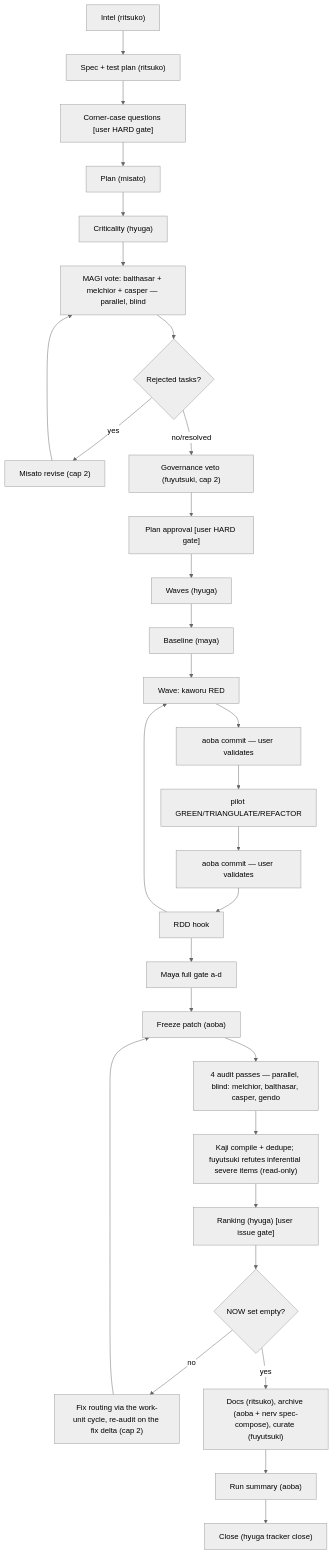
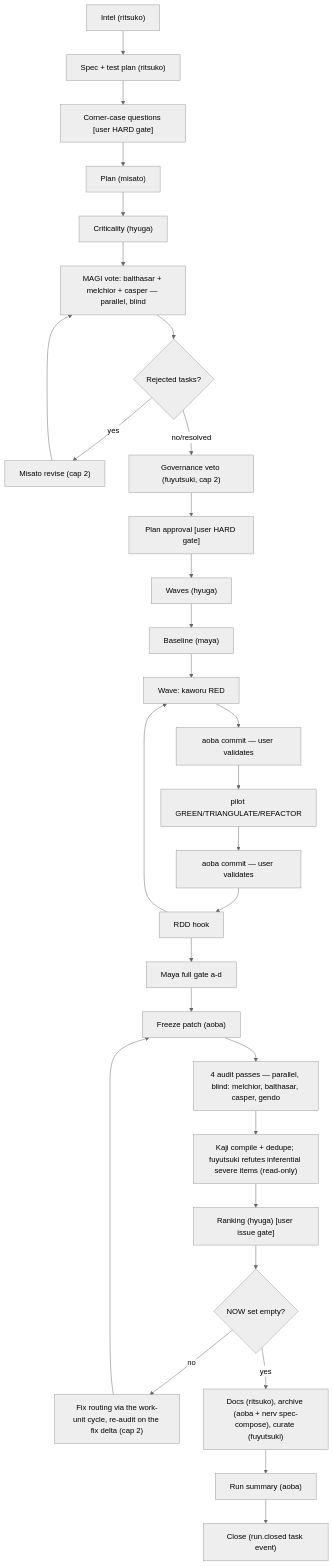
The sixth of 7 diagrams in docs/integration.md (war-apps/nerv-by-gentle-ai), drawn with Mermaid (neutral theme) before and after one commit. The commit also changed other lines of this file and 6 other files, not shown here.

Commit message:
docs: describe the task plugin, its providers and the event contract

````diff
--- a/docs/integration.md
+++ b/docs/integration.md
@@ -186,32 +187,32 @@
 ```mermaid
 flowchart TB
     A["Intel (ritsuko)"] --> B["Spec + test plan (ritsuko)"]
     B --> C["Corner-case questions [user HARD gate]"]
     C --> D["Plan (misato)"]
     D --> E["Criticality (hyuga)"]
     E --> F["MAGI vote: balthasar + melchior + casper — parallel, blind"]
     F --> G{"Rejected tasks?"}
     G -- yes --> H["Misato revise (cap 2)"]
     H --> F
     G -- no/resolved --> I["Governance veto (fuyutsuki, cap 2)"]
     I --> J["Plan approval [user HARD gate]"]
     J --> K["Waves (hyuga)"]
     K --> L["Baseline (maya)"]
     L --> M["Wave: kaworu RED"]
     M --> N["aoba commit — user validates"]
     N --> O["pilot GREEN/TRIANGULATE/REFACTOR"]
     O --> P["aoba commit — user validates"]
     P --> Q["RDD hook"]
     Q --> M
     Q --> R["Maya full gate a-d"]
     R --> S1["Freeze patch (aoba)"]
     S1 --> S2["4 audit passes — parallel, blind: melchior, balthasar, casper, gendo"]
     S2 --> S3["Kaji compile + dedupe; fuyutsuki refutes inferential severe items (read-only)"]
     S3 --> S4["Ranking (hyuga) [user issue gate]"]
     S4 --> S5{"NOW set empty?"}
     S5 -- no --> S6["Fix routing via the work-unit cycle, re-audit on the fix delta (cap 2)"]
     S6 --> S1
     S5 -- yes --> S7["Docs (ritsuko), archive (aoba + nerv spec-compose), curate (fuyutsuki)"]
     S7 --> T["Run summary (aoba)"]
-    T --> U["Close (hyuga tracker close)"]
+    T --> U["Close (run.closed task event)"]
 ```
````
